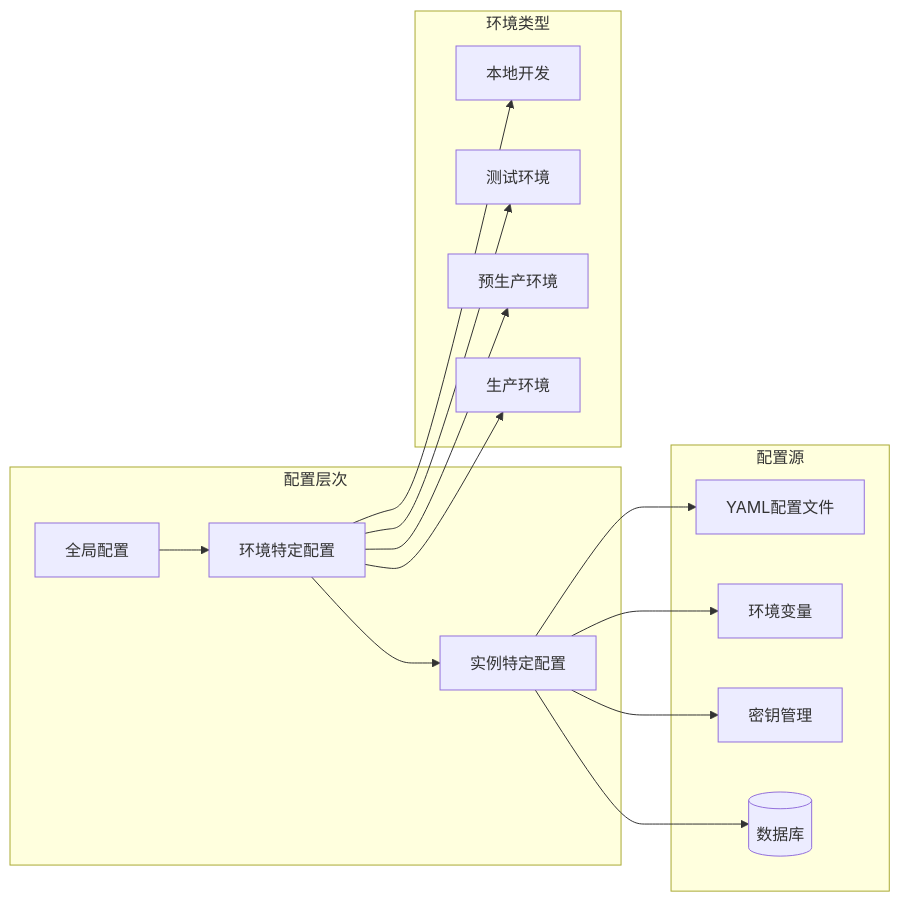
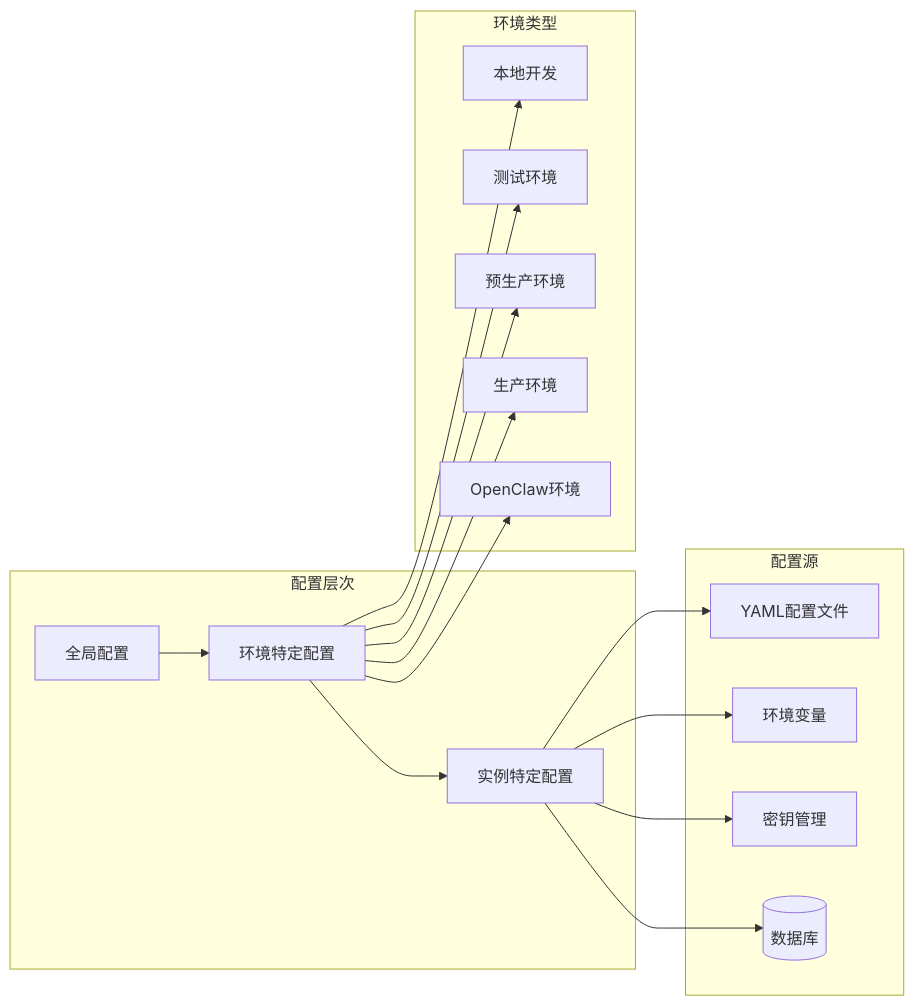
The fifth of 15 diagrams in .qoder/repowiki/zh/content/Update Summary/Update Summary.md (liuzh2008/med_ai_assistant_workspace), drawn with Mermaid before and after one commit. The commit also changed other lines of this file and 5 other files, not shown here.

````diff
--- a/.qoder/repowiki/zh/content/Update Summary/Update Summary.md
+++ b/.qoder/repowiki/zh/content/Update Summary/Update Summary.md
@@ -267,30 +303,32 @@
 ```mermaid
 graph LR
 subgraph "配置层次"
 Global[全局配置]
 Environment[环境特定配置]
 Instance[实例特定配置]
 end
 subgraph "环境类型"
 Local[本地开发]
 Test[测试环境]
 Stage[预生产环境]
 Prod[生产环境]
+OpenClaw[OpenClaw环境]
 end
 subgraph "配置源"
 YAML[YAML配置文件]
 ENV[环境变量]
 Secret[密钥管理]
 DB[(数据库)]
 end
 Global --> Environment
 Environment --> Instance
 Environment --> Local
 Environment --> Test
 Environment --> Stage
 Environment --> Prod
+Environment --> OpenClaw
 Instance --> YAML
 Instance --> ENV
 Instance --> Secret
 Instance --> DB
 ```
````
